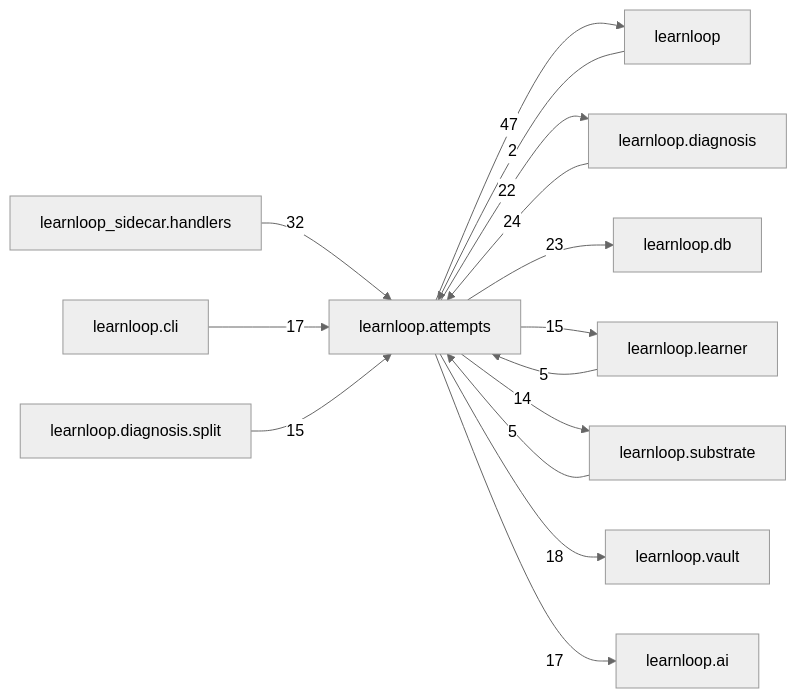
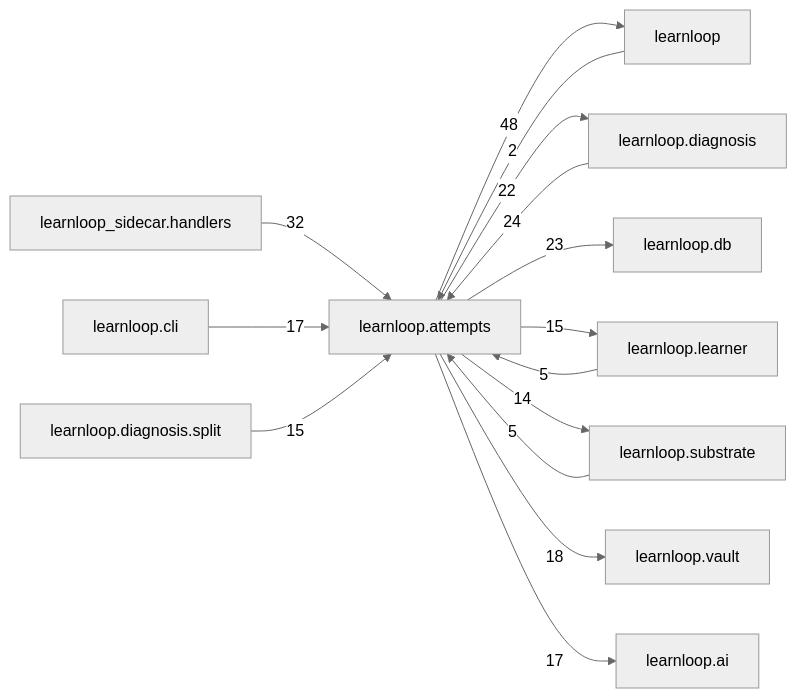
One commit to 6up-b/learnanything changed the diagram in docs/learnloop-architecture-vault/Reference/Modules/learnloop/attempts/_package.md. Above: the diagram before and after it, drawn with Mermaid (neutral theme). The commit also changed other lines of this file and 81 other files, not shown here.

````diff
--- a/docs/learnloop-architecture-vault/Reference/Modules/learnloop/attempts/_package.md
+++ b/docs/learnloop-architecture-vault/Reference/Modules/learnloop/attempts/_package.md
@@ -178,28 +179,28 @@
 ```mermaid
 flowchart LR
     center["learnloop.attempts"]
     n_learnloop["learnloop"]
     n_learnloop_diagnosis["learnloop.diagnosis"]
     n_learnloop_sidecar_handlers["learnloop_sidecar.handlers"]
     n_learnloop_db["learnloop.db"]
     n_learnloop_learner["learnloop.learner"]
     n_learnloop_substrate["learnloop.substrate"]
     n_learnloop_vault["learnloop.vault"]
     n_learnloop_ai["learnloop.ai"]
     n_learnloop_cli["learnloop.cli"]
     n_learnloop_diagnosis_split["learnloop.diagnosis.split"]
     n_learnloop -->|2| center
-    center -->|47| n_learnloop
+    center -->|48| n_learnloop
     n_learnloop_diagnosis -->|24| center
     center -->|22| n_learnloop_diagnosis
     n_learnloop_sidecar_handlers -->|32| center
     center -->|23| n_learnloop_db
     n_learnloop_learner -->|5| center
     center -->|15| n_learnloop_learner
     n_learnloop_substrate -->|5| center
     center -->|14| n_learnloop_substrate
     center -->|18| n_learnloop_vault
     center -->|17| n_learnloop_ai
     n_learnloop_cli -->|17| center
     n_learnloop_diagnosis_split -->|15| center
 ```
````
